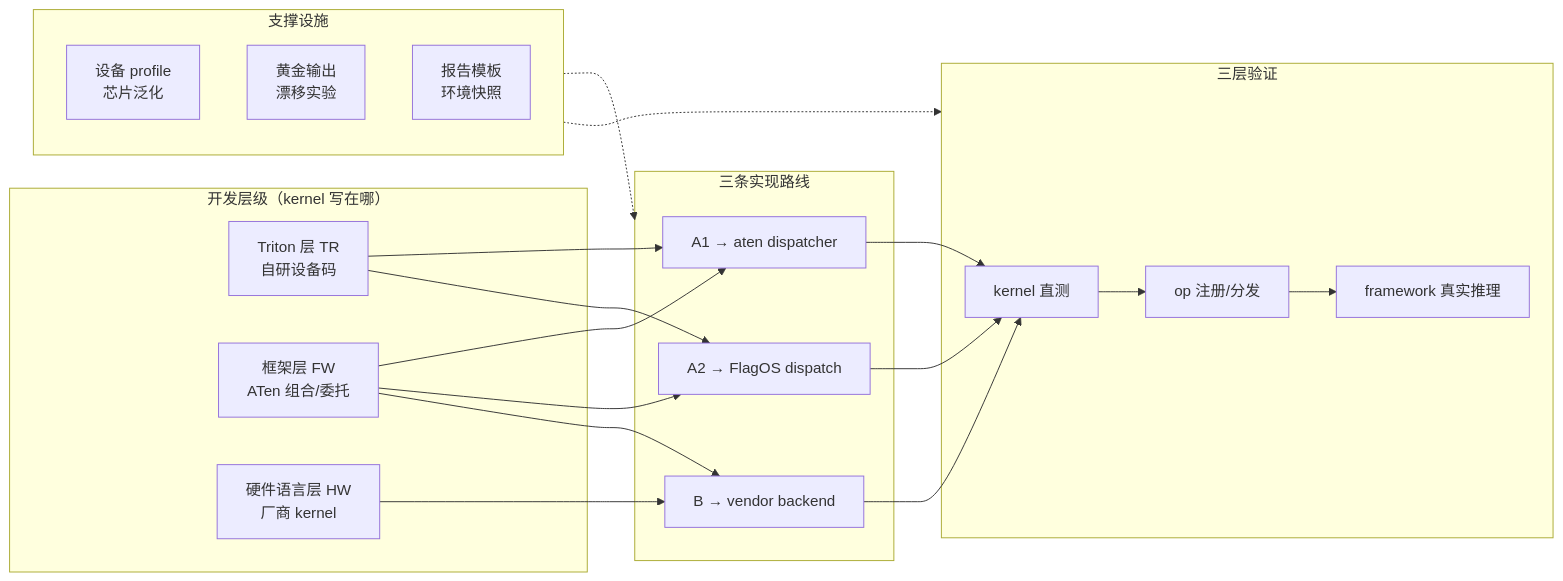
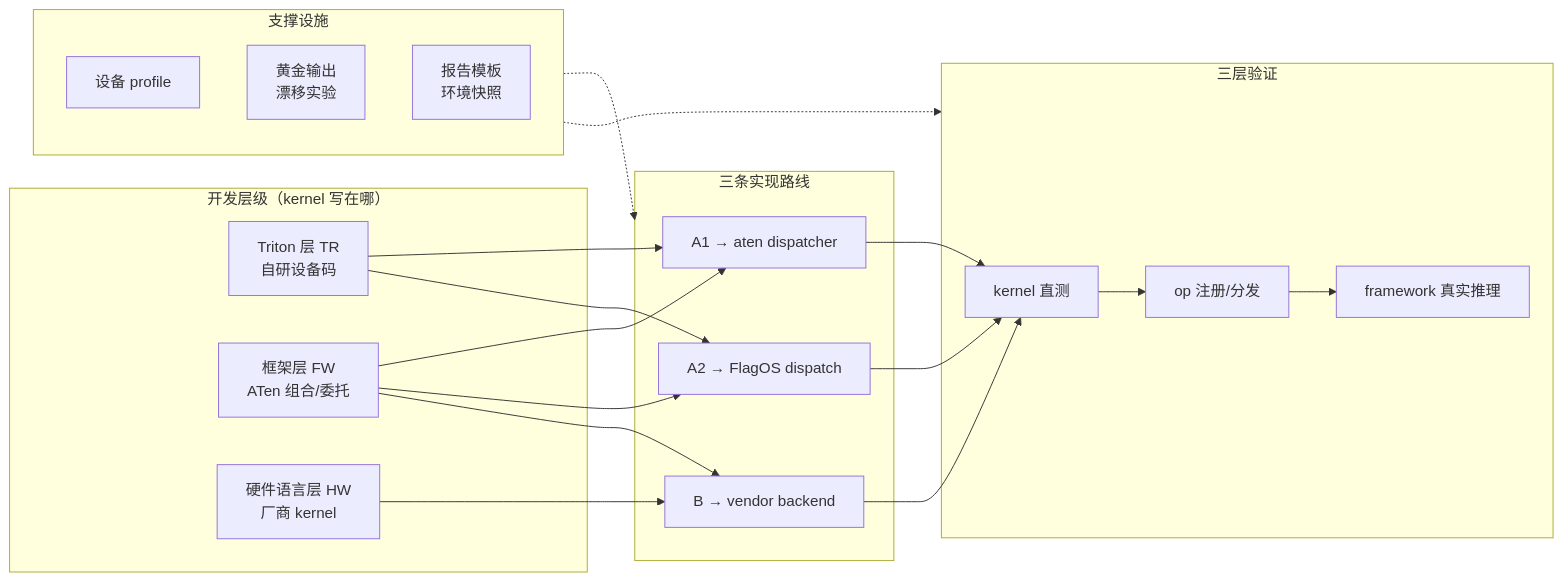
One commit to FLAG-OP/FlagOS-OP changed the diagram in README.md. Above: the diagram before and after it, drawn with Mermaid. The commit also changed other lines of this file and 4 other files, not shown here.

````diff
--- a/README.md
+++ b/README.md
@@ -20,28 +19,28 @@
 ```mermaid
 flowchart LR
     subgraph DEV["开发层级（kernel 写在哪）"]
         K1["Triton 层 TR<br/>自研设备码"]
         K2["框架层 FW<br/>ATen 组合/委托"]
         K3["硬件语言层 HW<br/>厂商 kernel"]
     end
     subgraph ROUTES["三条实现路线"]
         A1["A1 → aten dispatcher"]
         A2["A2 → FlagOS dispatch"]
         B["B → vendor backend"]
     end
     subgraph TEST["三层验证"]
         T1["kernel 直测"]
         T2["op 注册/分发"]
         T3["framework 真实推理"]
     end
     subgraph SUPPORT["支撑设施"]
-        S1["设备 profile<br/>芯片泛化"]
+        S1["设备 profile"]
         S2["黄金输出<br/>漂移实验"]
         S3["报告模板<br/>环境快照"]
     end
     K1 --> A1 & A2
     K2 --> A1 & A2 & B
     K3 --> B
     A1 & A2 & B --> T1 --> T2 --> T3
     SUPPORT -.-> ROUTES & TEST
 ```
````
